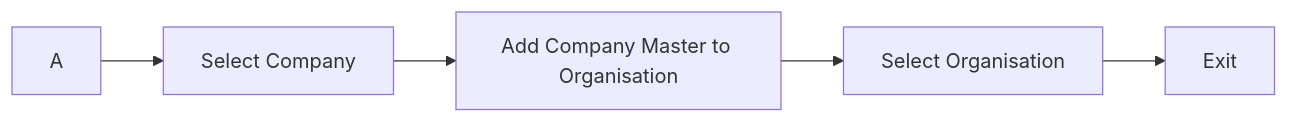
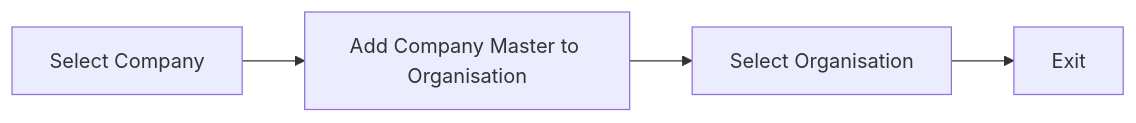
The diagram in maximo/docs/purchasing/add-company-to-org.md (codersyacht/maximo-knowledge-center), drawn with Mermaid before and after one commit.

Commit message:
add-company-to-org

````diff
--- a/maximo/docs/purchasing/add-company-to-org.md
+++ b/maximo/docs/purchasing/add-company-to-org.md
@@ -22,7 +22,6 @@
 ```mermaid
 graph LR
-A --> B[Select Company]
-B --> C[Add Company Master to Organisation]
-C --> D[Select Organisation]
-D --> E[Exit]
+A[Select Company] --> B[Add Company Master to Organisation]
+B --> C[Select Organisation]
+C --> D[Exit]
 ```
````
